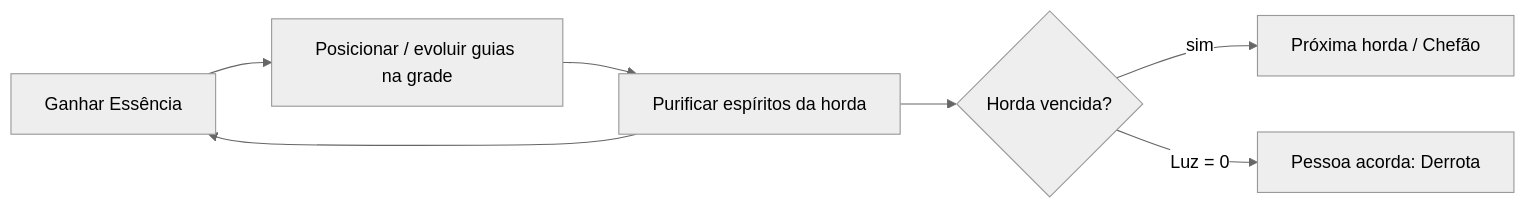
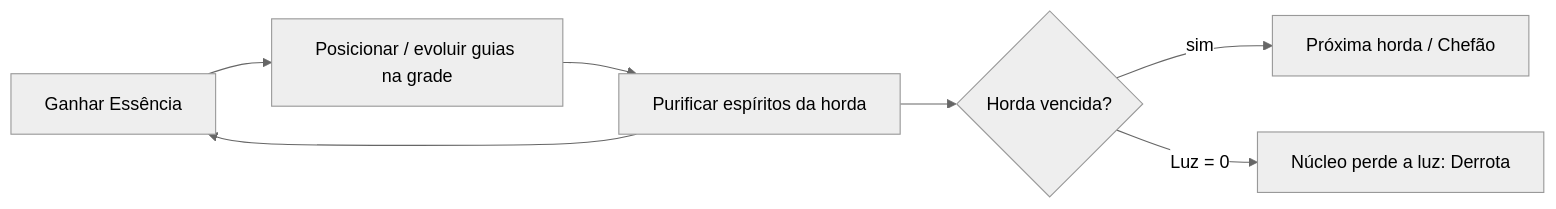
The diagram in PRD.md (brunodarwich/torre-dos-espiritos), drawn with Mermaid (neutral theme) before and after one commit. The commit also changed other lines of this file and 141 other files, not shown here.

````diff
--- a/PRD.md
+++ b/PRD.md
@@ -37,9 +37,9 @@
 ```mermaid
 flowchart LR
   A["Ganhar Essência"] --> B["Posicionar / evoluir guias na grade"]
   B --> C["Purificar espíritos da horda"]
   C --> A
   C --> D{"Horda vencida?"}
   D -- "sim" --> E["Próxima horda / Chefão"]
-  D -- "Luz = 0" --> F["Pessoa acorda: Derrota"]
+  D -- "Luz = 0" --> F["Núcleo perde a luz: Derrota"]
 ```
````
